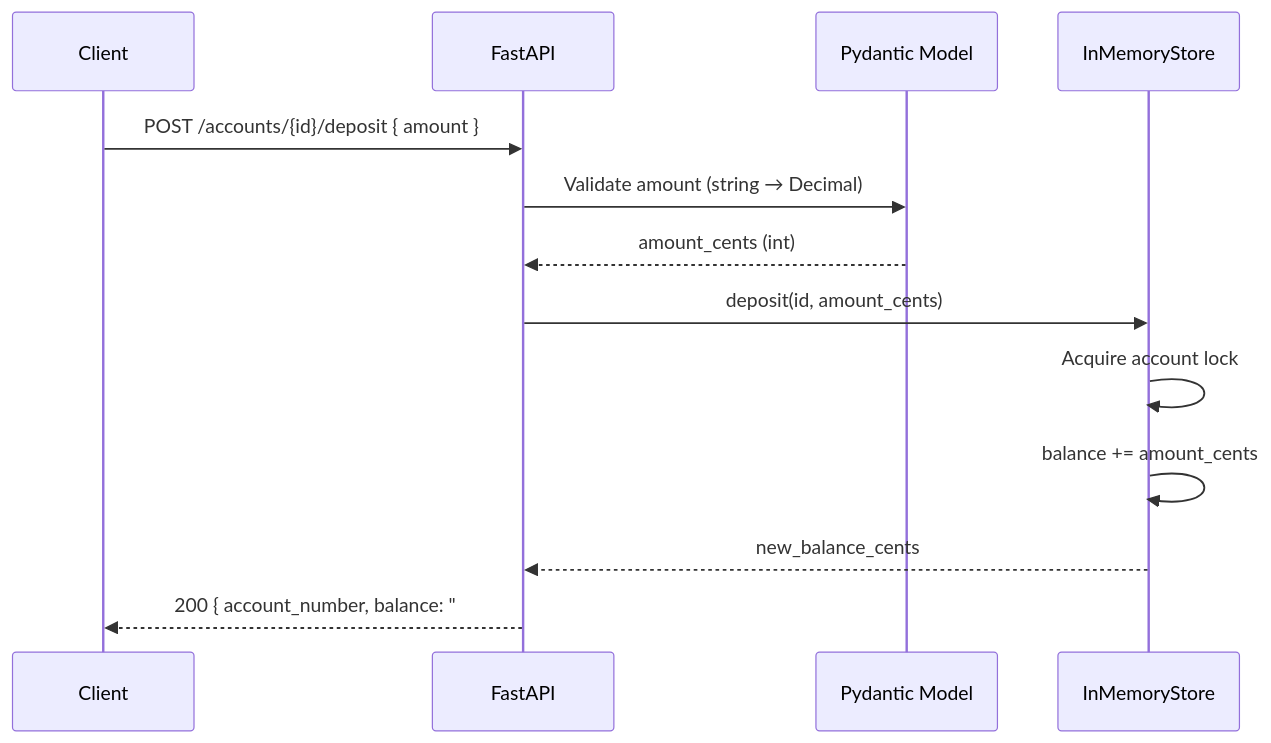
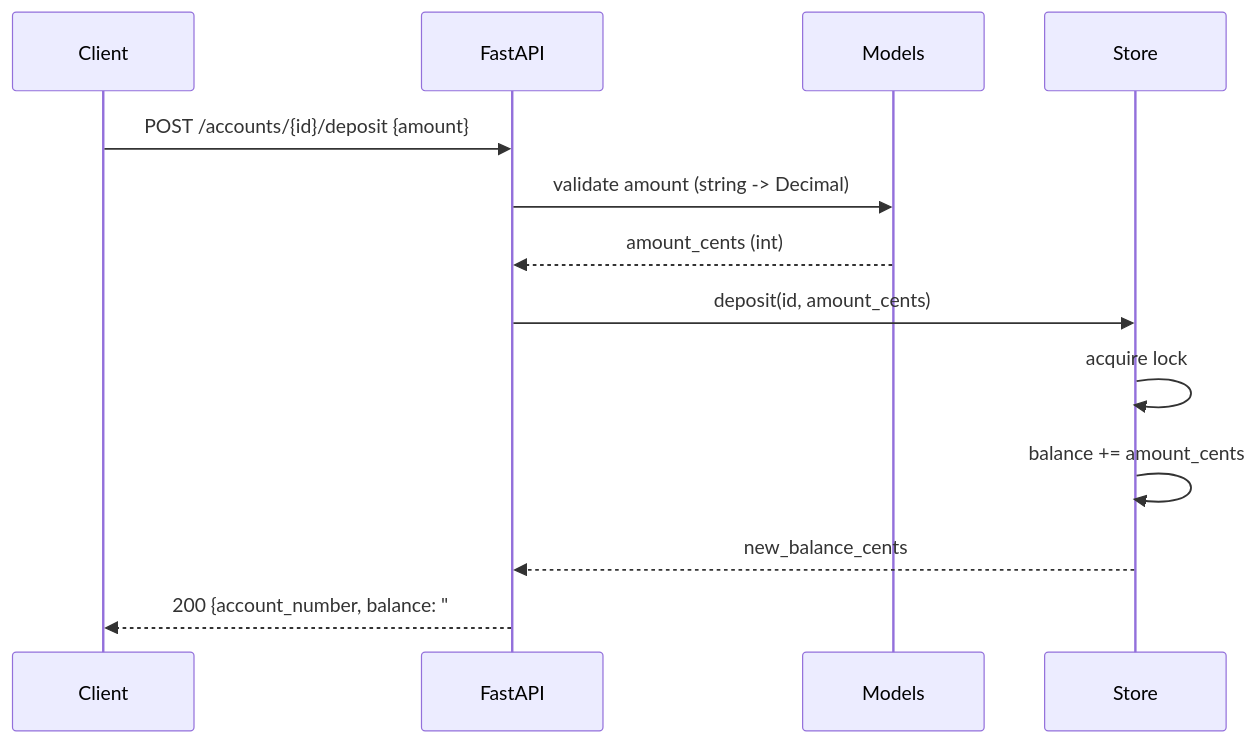
Before and after one commit to FAfrancis99/atm-server: the second of 2 diagrams in README.md, drawn with Mermaid. The commit also changed other lines of this file, not shown here.

Commit message:
reame modfied

````diff
--- a/README.md
+++ b/README.md
@@ -172,16 +172,16 @@
 ```mermaid
 sequenceDiagram
   participant C as Client
   participant API as FastAPI
-  participant M as Pydantic Model
-  participant S as InMemoryStore
+  participant M as Models
+  participant S as Store
 
-  C->>API: POST /accounts/{id}/deposit { amount }
-  API->>M: Validate amount (string → Decimal)
+  C->>API: POST /accounts/{id}/deposit {amount}
+  API->>M: validate amount (string -> Decimal)
   M-->>API: amount_cents (int)
   API->>S: deposit(id, amount_cents)
-  S->>S: Acquire account lock
+  S->>S: acquire lock
   S->>S: balance += amount_cents
   S-->>API: new_balance_cents
-  API-->>C: 200 { account_number, balance: "#.##" }
+  API-->>C: 200 {account_number, balance: "#.##"}
 ```
````
